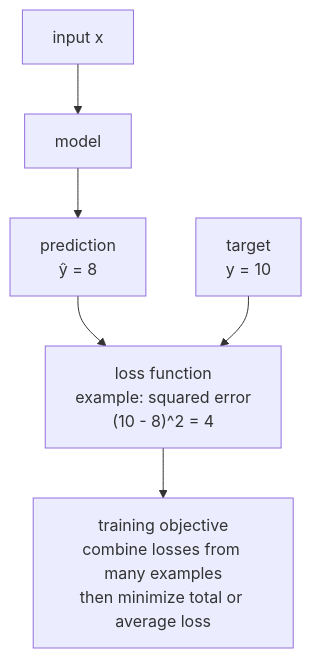
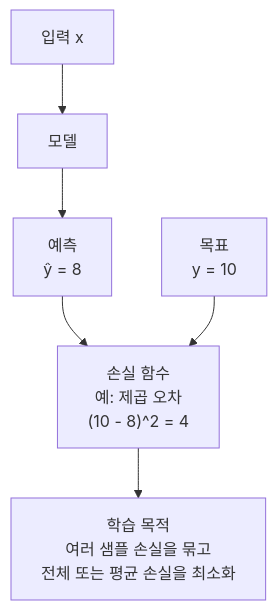
The diagram in docs/assets/part-02/chapter-06/loss-objective-flow-ko.mmd (devchan64/AiBook), drawn with Mermaid before and after one commit. The commit also changed 5 other files, not shown here.

```diff
--- a/docs/assets/part-02/chapter-06/loss-objective-flow-ko.mmd
+++ b/docs/assets/part-02/chapter-06/loss-objective-flow-ko.mmd
@@ -1,12 +1,12 @@
 flowchart TD
-  X["input x"]
-  M["model"]
-  P["prediction<br/>ŷ = 8"]
-  Y["target<br/>y = 10"]
-  L["loss function<br/>example: squared error<br/>(10 - 8)^2 = 4"]
-  O["training objective<br/>combine losses from many examples<br/>then minimize total or average loss"]
+  X["입력 x"]
+  M["모델"]
+  P["예측<br/>ŷ = 8"]
+  Y["목표<br/>y = 10"]
+  L["손실 함수<br/>예: 제곱 오차<br/>(10 - 8)^2 = 4"]
+  O["학습 목적<br/>여러 샘플 손실을 묶고<br/>전체 또는 평균 손실을 최소화"]
 
   X --> M --> P
   P --> L
   Y --> L
   L --> O
```
